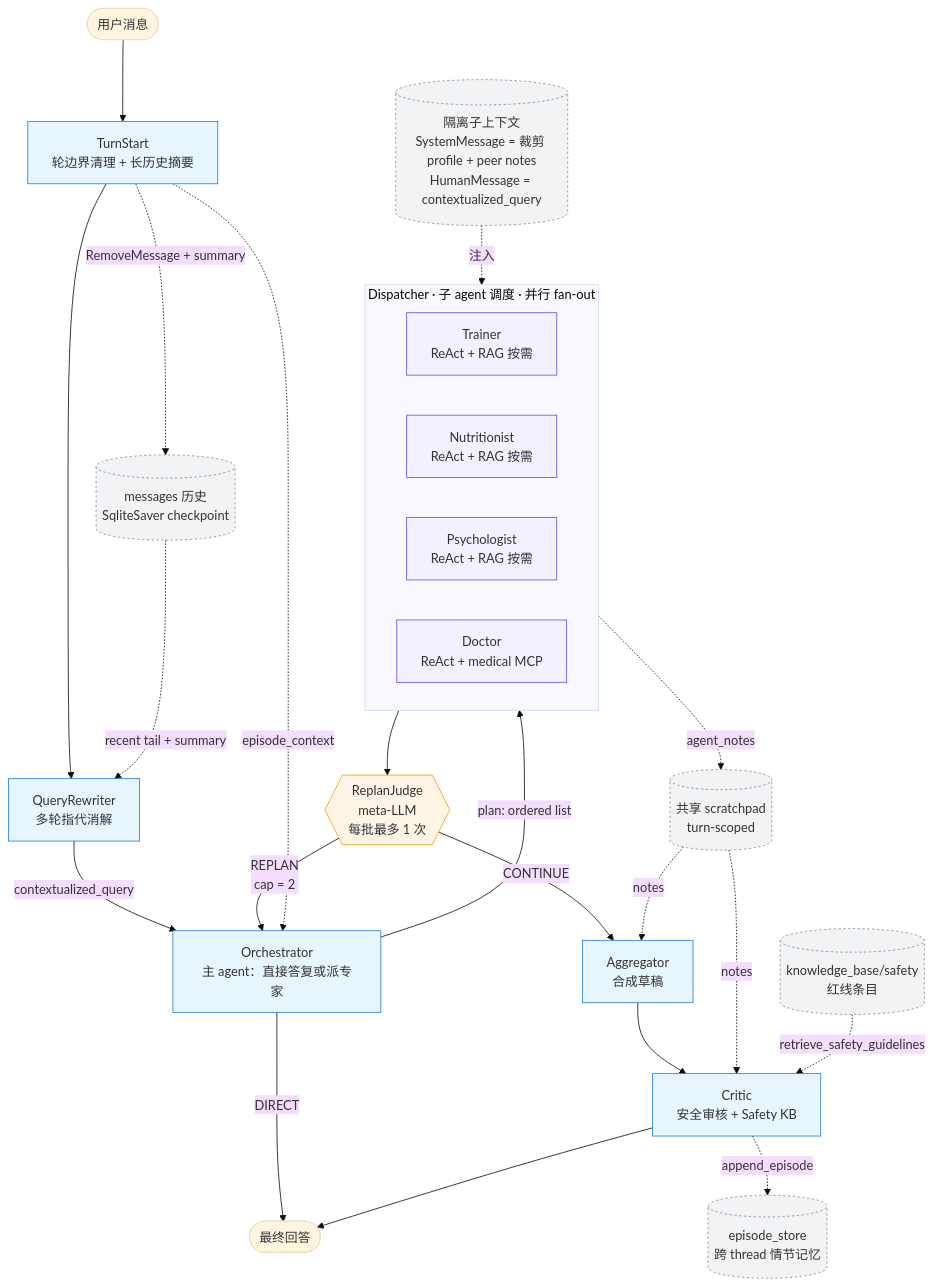
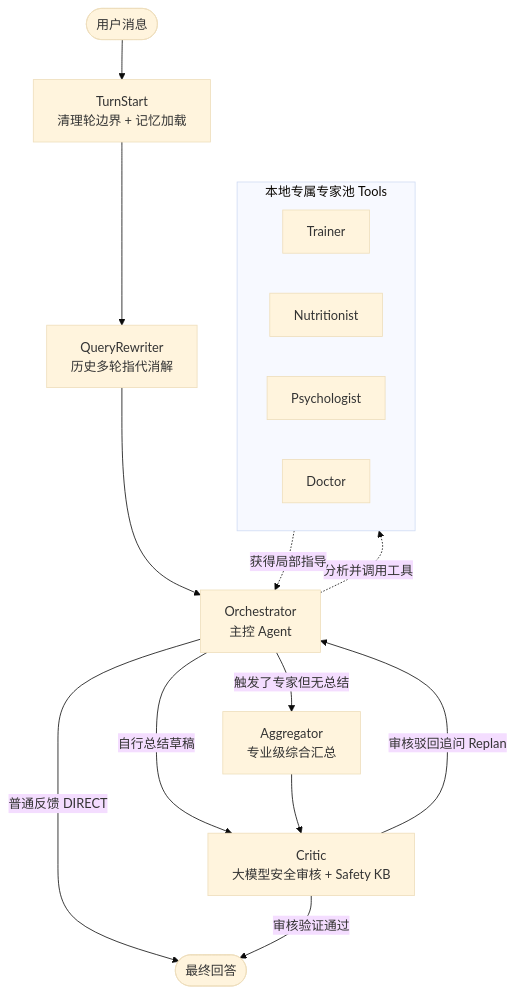
The diagram in README.md (MichaelSou1/wellness-copilot), drawn with Mermaid (base theme) before and after one commit. The commit also changed other lines of this file and 29 other files, not shown here.

Commit message:
Align expert knowledge bases

````diff
--- a/README.md
+++ b/README.md
@@ -23,47 +13,25 @@
 ```mermaid
 flowchart TD
-    User([用户消息]) --> TS[TurnStart<br/>轮边界清理 + 长历史摘要]
-    TS --> QR[QueryRewriter<br/>多轮指代消解]
-    QR -->|contextualized_query| Orchestrator[Orchestrator<br/>主 agent：直接答复或派专家]
-    Orchestrator -->|plan: ordered list| Dispatcher
+    User([用户消息]) --> TS[TurnStart<br/>清理轮边界 + 记忆加载]
+    TS --> QR[QueryRewriter<br/>历史多轮指代消解]
+    QR --> Orc[Orchestrator<br/>主控 Agent]
 
-    subgraph Dispatcher [Dispatcher · 子 agent 调度 · 并行 fan-out]
-      direction LR
-      Trainer[Trainer<br/>ReAct + RAG 按需]
-      Nutritionist[Nutritionist<br/>ReAct + RAG 按需]
-      Psychologist[Psychologist<br/>ReAct + RAG 按需]
-      Doctor[Doctor<br/>ReAct + medical MCP]
+    subgraph Experts [本地专属专家池 Tools]
+        direction LR
+        Trainer[Trainer]
+        Nutritionist[Nutritionist]
+        Psychologist[Psychologist]
+        Doctor[Doctor]
     end
 
-    Dispatcher --> Judge{{ReplanJudge<br/>meta-LLM<br/>每批最多 1 次}}
-    Judge -->|CONTINUE| Aggregator[Aggregator<br/>合成草稿]
-    Judge -->|REPLAN<br/>cap = 2| Orchestrator
-    Orchestrator -->|DIRECT| Out
-    Aggregator --> Critic[Critic<br/>安全审核 + Safety KB]
-    Critic --> Out([最终回答])
+    Orc -.->|分析并调用工具| Experts
+    Experts -.->|获得局部指导| Orc
 
-    %% 父 agent 注入的隔离上下文（用一个旁路节点说明，避免在子图内部画 4 条重叠的标签线）
-    Ctx[(隔离子上下文<br/>SystemMessage = 裁剪 profile + peer notes<br/>HumanMessage = contextualized_query)]
-    Ctx -. 注入 .-> Dispatcher
+    Orc -->|普通反馈 DIRECT| END_NODE([最终回答])
+    Orc -->|自行总结草稿| Critic[Critic<br/>大模型安全审核 + Safety KB]
+    Orc -->|触发了专家但无总结| Aggregator[Aggregator<br/>专业级综合汇总]
+    Aggregator --> Critic
 
-    %% scratchpad 汇聚 + Critic / Aggregator 消费
-    Dispatcher -. agent_notes .-> Scratchpad[(共享 scratchpad<br/>turn-scoped)]
-    Scratchpad -. notes .-> Aggregator
-    Scratchpad -. notes .-> Critic
-    SafetyKB[(knowledge_base/safety<br/>红线条目)] -. retrieve_safety_guidelines .-> Critic
-
-    %% 长期持久化
-    TS -. RemoveMessage + summary .-> History[(messages 历史<br/>SqliteSaver checkpoint)]
-    History -. recent tail + summary .-> QR
-    Critic -. append_episode .-> EpStore[(episode_store<br/>跨 thread 情节记忆)]
-    TS -. episode_context .-> Orchestrator
-
-    classDef meta fill:#fff4e6,stroke:#f59f00,stroke-width:1px;
-    classDef ctrl fill:#e7f5ff,stroke:#1c7ed6,stroke-width:1px;
-    classDef expert fill:#f3f0ff,stroke:#7048e8,stroke-width:1px;
-    classDef store fill:#f1f3f5,stroke:#868e96,stroke-width:1px,stroke-dasharray:3 3;
-    class TS,QR,Orchestrator,Aggregator,Critic ctrl;
-    class Judge meta;
-    class Trainer,Nutritionist,Psychologist,Doctor expert;
-    class Scratchpad,History,EpStore,SafetyKB,Ctx store;
+    Critic -->|审核驳回追问 Replan| Orc
+    Critic -->|审核验证通过| END_NODE
 ```
````
